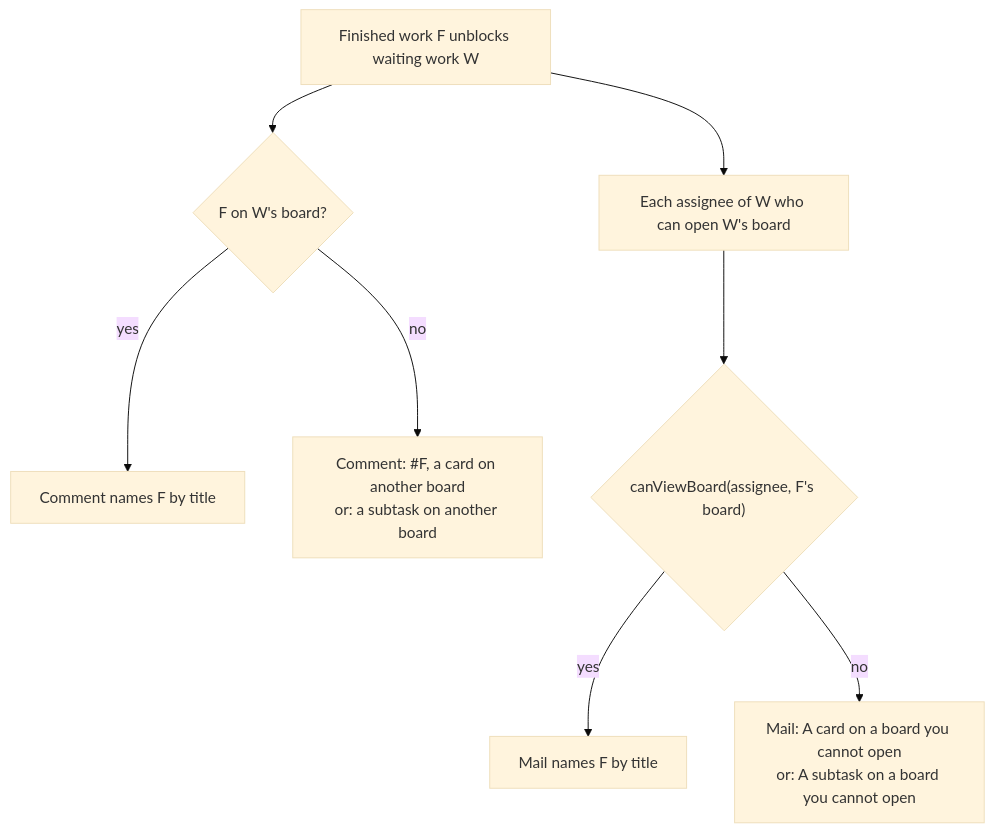
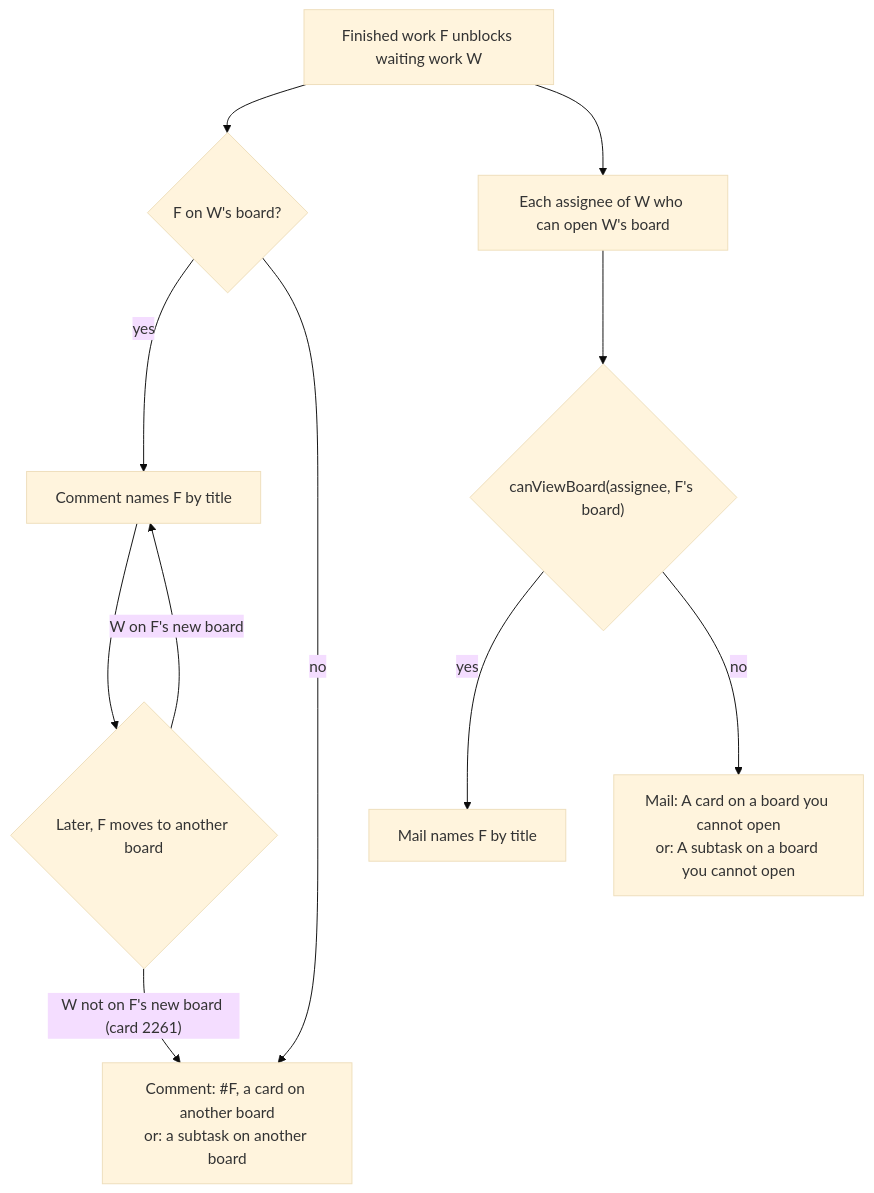
Before and after one commit to gitBoon/DumpFire: the fifth of 8 diagrams in docs/critical-path-planning.md, drawn with Mermaid (base theme). The commit also changed other lines of this file and 29 other files, not shown here.

````diff
--- a/docs/critical-path-planning.md
+++ b/docs/critical-path-planning.md
@@ -442,10 +464,13 @@
 ```mermaid
 flowchart TD
     Done["Finished work F unblocks waiting work W"] --> Same{"F on W's board?"}
     Same -->|yes| Named["Comment names F by title"]
     Same -->|no| Other["Comment: #F, a card on another board<br/>or: a subtask on another board"]
+    Named --> Moves{"Later, F moves to another board"}
+    Moves -->|"W not on F's new board (card 2261)"| Other
+    Moves -->|"W on F's new board"| Named
     Done --> Each["Each assignee of W who can open W's board"]
     Each --> Can{"canViewBoard(assignee, F's board)"}
     Can -->|yes| MailNamed["Mail names F by title"]
     Can -->|no| MailWithheld["Mail: A card on a board you cannot open<br/>or: A subtask on a board you cannot open"]
 ```
````
